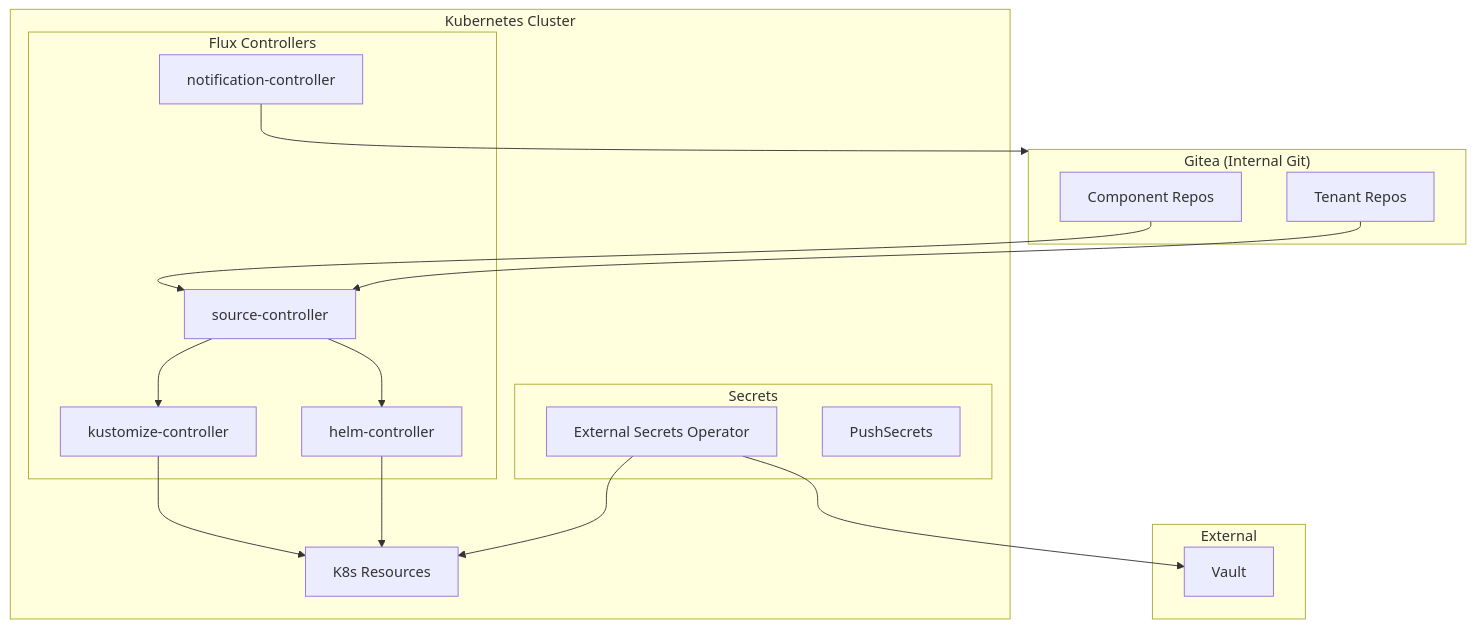
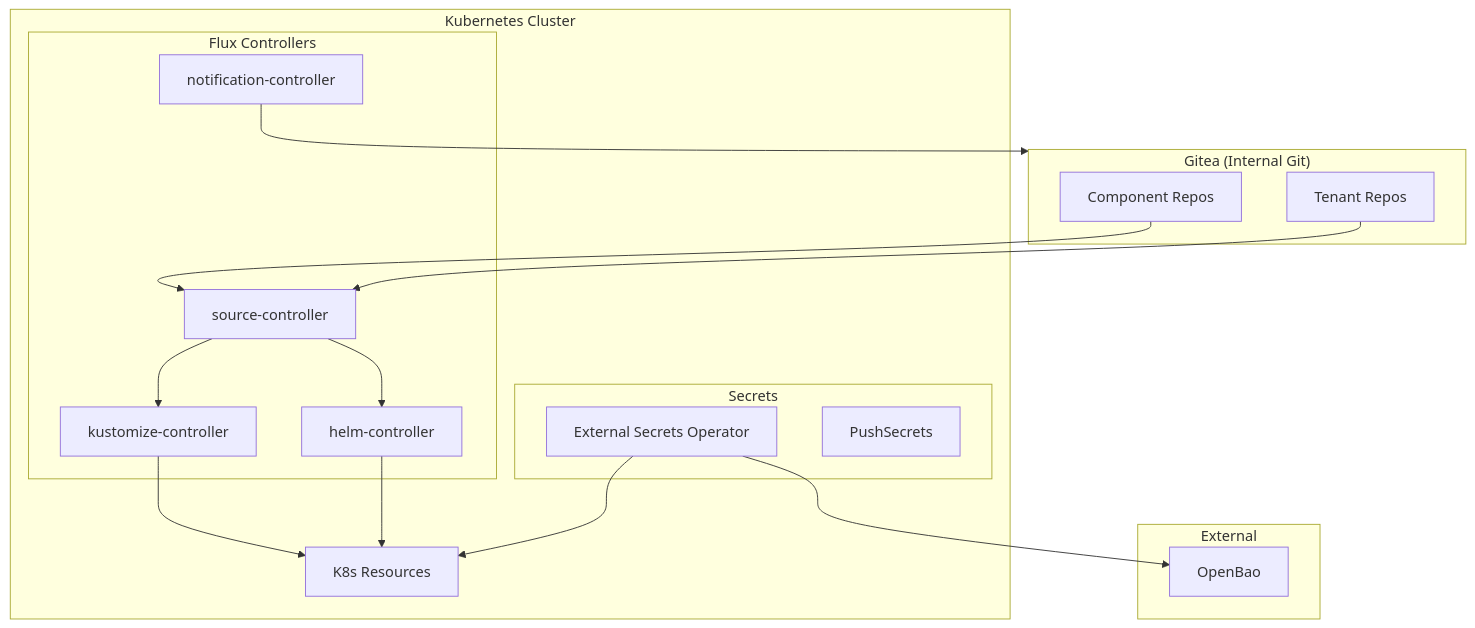
Before and after one commit to openova-io/openova: the first of 2 diagrams in platform/flux/README.md, drawn with Mermaid. The commit also changed other lines of this file and 35 other files, not shown here.

````diff
--- a/platform/flux/README.md
+++ b/platform/flux/README.md
@@ -17,37 +17,37 @@
 ```mermaid
 flowchart TB
     subgraph Gitea["Gitea (Internal Git)"]
         Components[Component Repos]
         Tenant[Tenant Repos]
     end
 
     subgraph K8s["Kubernetes Cluster"]
         subgraph Flux["Flux Controllers"]
             Source[source-controller]
             Kustomize[kustomize-controller]
             Helm[helm-controller]
             Notify[notification-controller]
         end
 
         subgraph ESO["Secrets"]
             ESOp[External Secrets Operator]
             PS[PushSecrets]
         end
 
         Resources[K8s Resources]
     end
 
     subgraph External["External"]
-        Vault[Vault]
+        OpenBao[OpenBao]
     end
 
     Components --> Source
     Tenant --> Source
     Source --> Kustomize
     Source --> Helm
     Kustomize --> Resources
     Helm --> Resources
     Notify --> Gitea
-    ESOp --> Vault
+    ESOp --> OpenBao
     ESOp --> Resources
 ```
````
